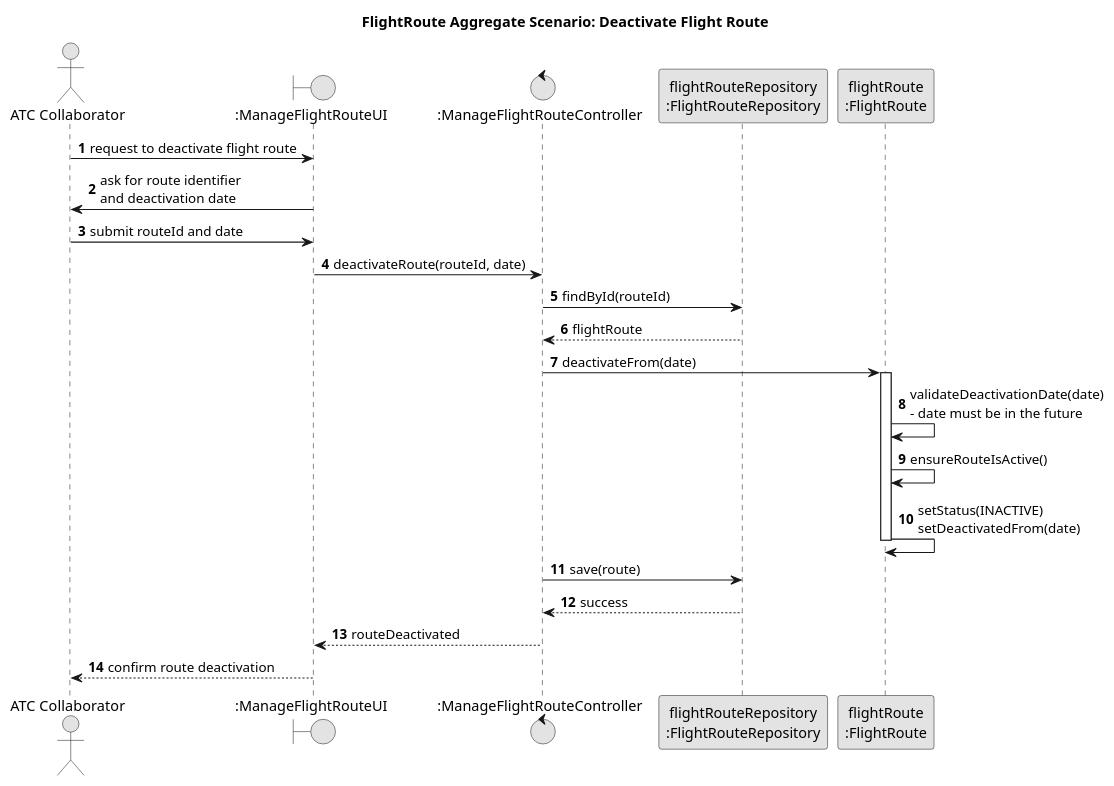
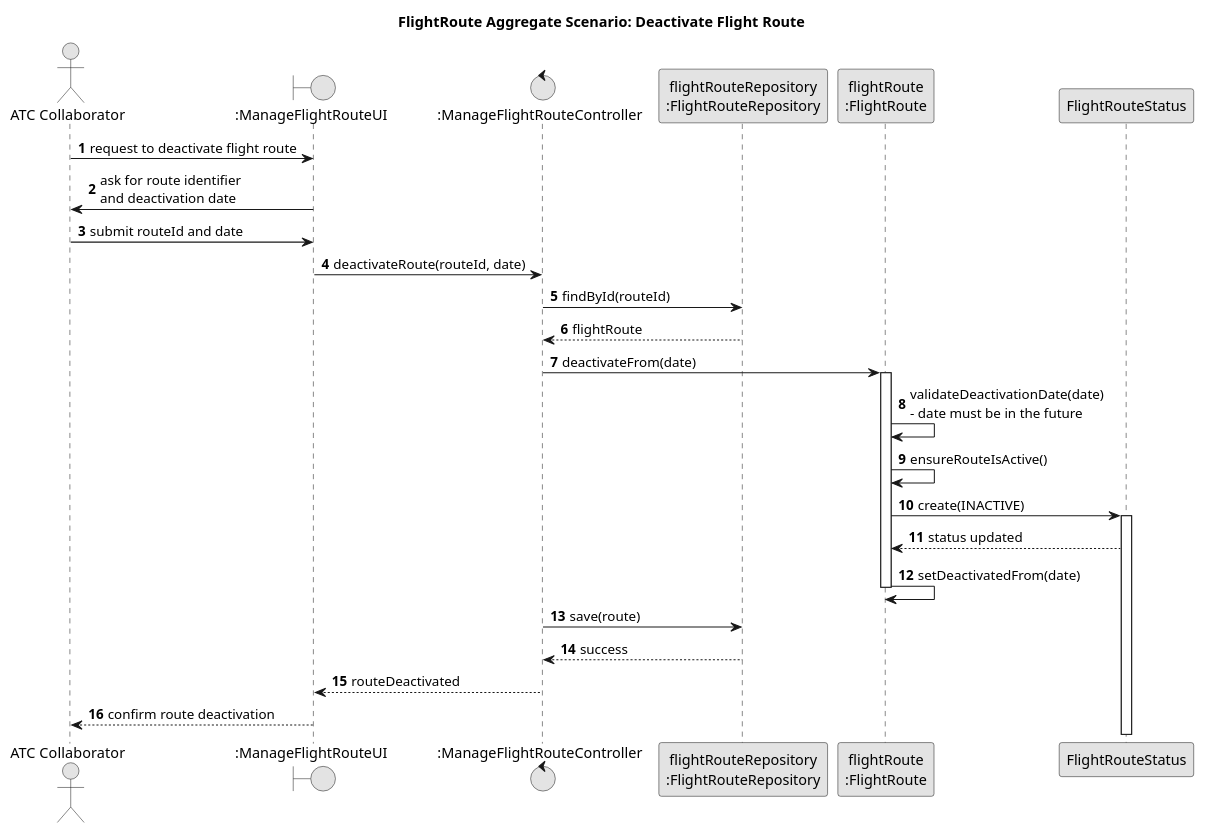
One commit to GustavoFerreira24/flight-management-platform changed the diagram in docs/global-artifacts/03.design/puml/FlightRouteAggregate-SD.puml. Above: the diagram before and after it, drawn with PlantUML. The commit also changed 5 other files, not shown here.

```diff
--- a/docs/global-artifacts/03.design/puml/FlightRouteAggregate-SD.puml
+++ b/docs/global-artifacts/03.design/puml/FlightRouteAggregate-SD.puml
@@ -1,41 +1,43 @@
 @startuml
 title FlightRoute Aggregate Scenario: Deactivate Flight Route
 
 skinparam monochrome true
 skinparam packageStyle rectangle
 skinparam shadowing false
 
 autonumber
 
 actor "ATC Collaborator" as ATC
 boundary ":ManageFlightRouteUI" as UI
 control ":ManageFlightRouteController" as C
 participant "flightRouteRepository\n:FlightRouteRepository" as RouteRepo
 participant "flightRoute\n:FlightRoute" as Route
 
 ATC -> UI : request to deactivate flight route
 UI -> ATC : ask for route identifier\nand deactivation date
 
 ATC -> UI : submit routeId and date
 UI -> C : deactivateRoute(routeId, date)
 
 C -> RouteRepo : findById(routeId)
 RouteRepo --> C : flightRoute
 
 C -> Route : deactivateFrom(date)
 
 activate Route
 
 Route -> Route : validateDeactivationDate(date)\n- date must be in the future
 Route -> Route : ensureRouteIsActive()
-Route -> Route : setStatus(INACTIVE)\nsetDeactivatedFrom(date)
+Route -> FlightRouteStatus ++ : create(INACTIVE)
+FlightRouteStatus --> Route : status updated
+Route -> Route : setDeactivatedFrom(date)
 
 deactivate Route
 
 C -> RouteRepo : save(route)
 RouteRepo --> C : success
 
 C --> UI : routeDeactivated
 UI --> ATC : confirm route deactivation
 
 @enduml
```
